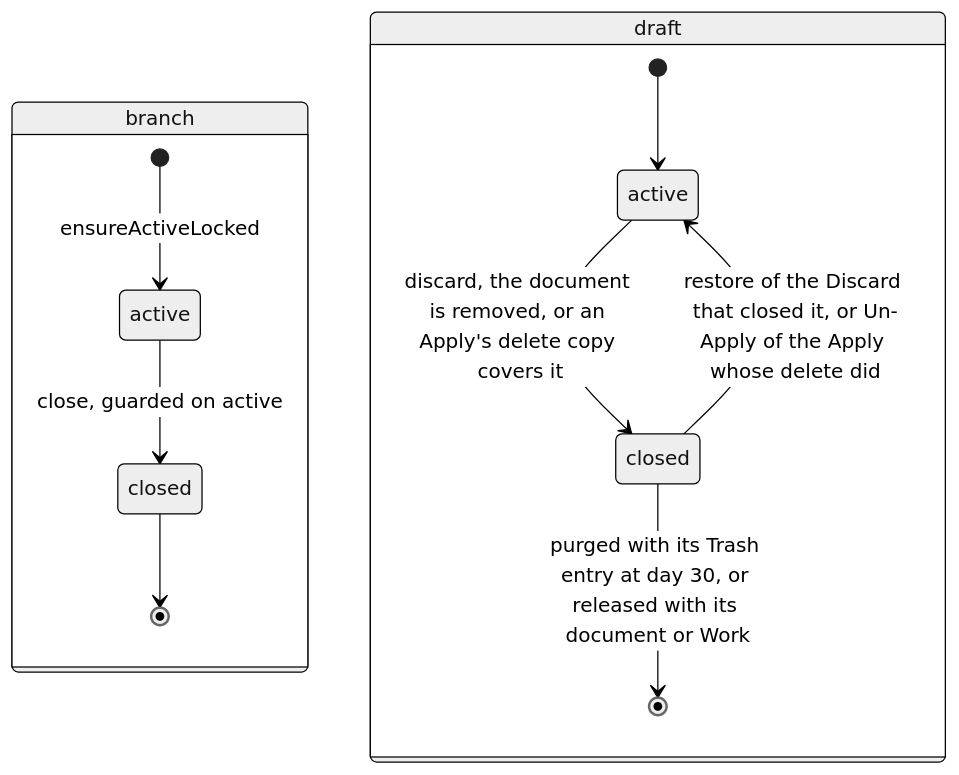
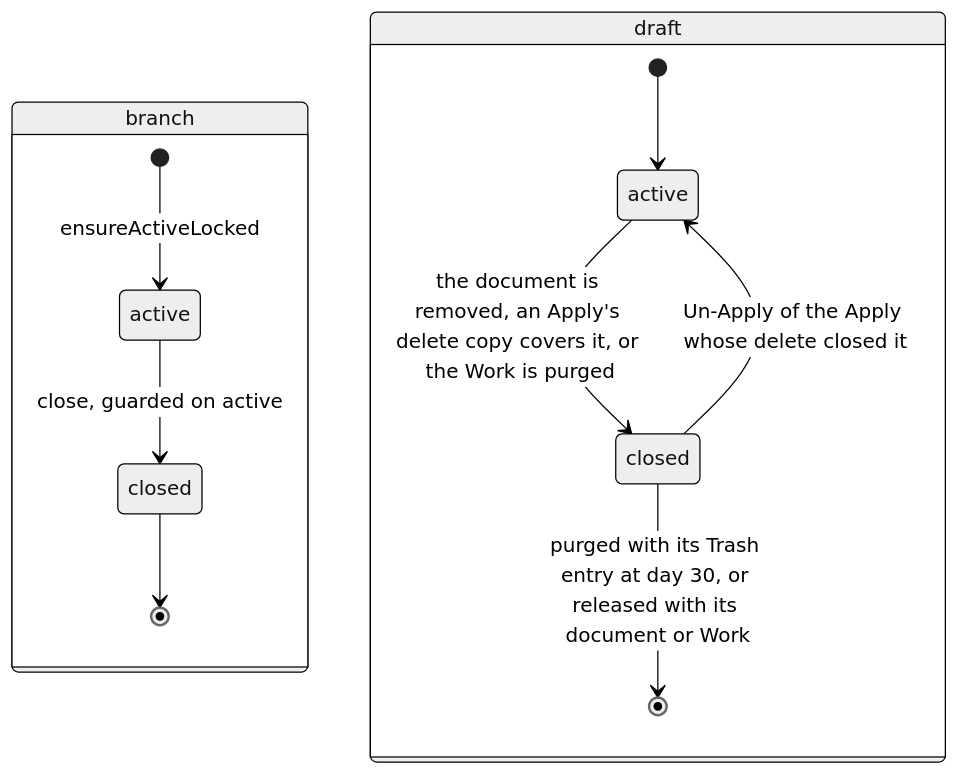
Before and after one commit to haowjy/meridian-flow: the diagram in apps/server/server/domains/collab/.context/state-machines.md, drawn with Mermaid (neutral theme). The commit also changed other lines of this file and 7 other files, not shown here.

````diff
--- a/apps/server/server/domains/collab/.context/state-machines.md
+++ b/apps/server/server/domains/collab/.context/state-machines.md
@@ -12,18 +12,18 @@
 ```mermaid
 stateDiagram-v2
   state "branch" as B {
     [*] --> b_active: ensureActiveLocked
     b_active --> b_closed: close, guarded on active
     b_closed --> [*]
     state "active" as b_active
     state "closed" as b_closed
   }
   state "draft" as D {
     [*] --> d_active
-    d_active --> d_closed: discard, the document is removed, or an Apply's delete copy covers it
-    d_closed --> d_active: restore of the Discard that closed it, or Un-Apply of the Apply whose delete did
+    d_active --> d_closed: the document is removed, an Apply's delete copy covers it, or the Work is purged
+    d_closed --> d_active: Un-Apply of the Apply whose delete closed it
     d_closed --> [*]: purged with its Trash entry at day 30, or released with its document or Work
     state "active" as d_active
     state "closed" as d_closed
   }
 ```
````
